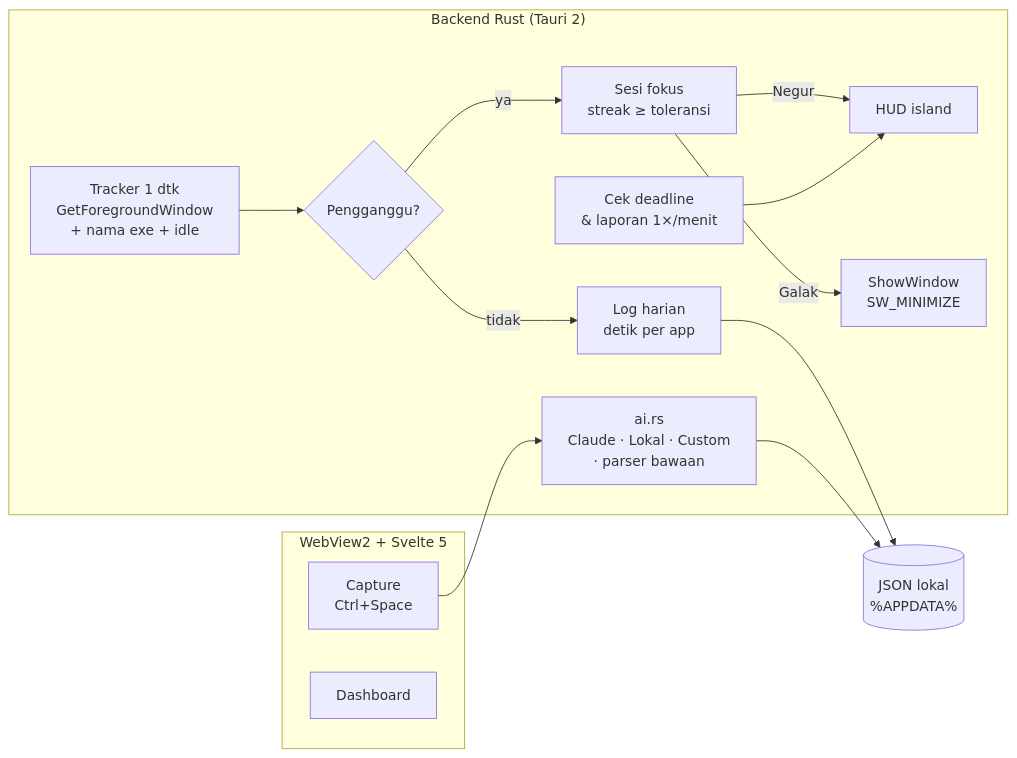
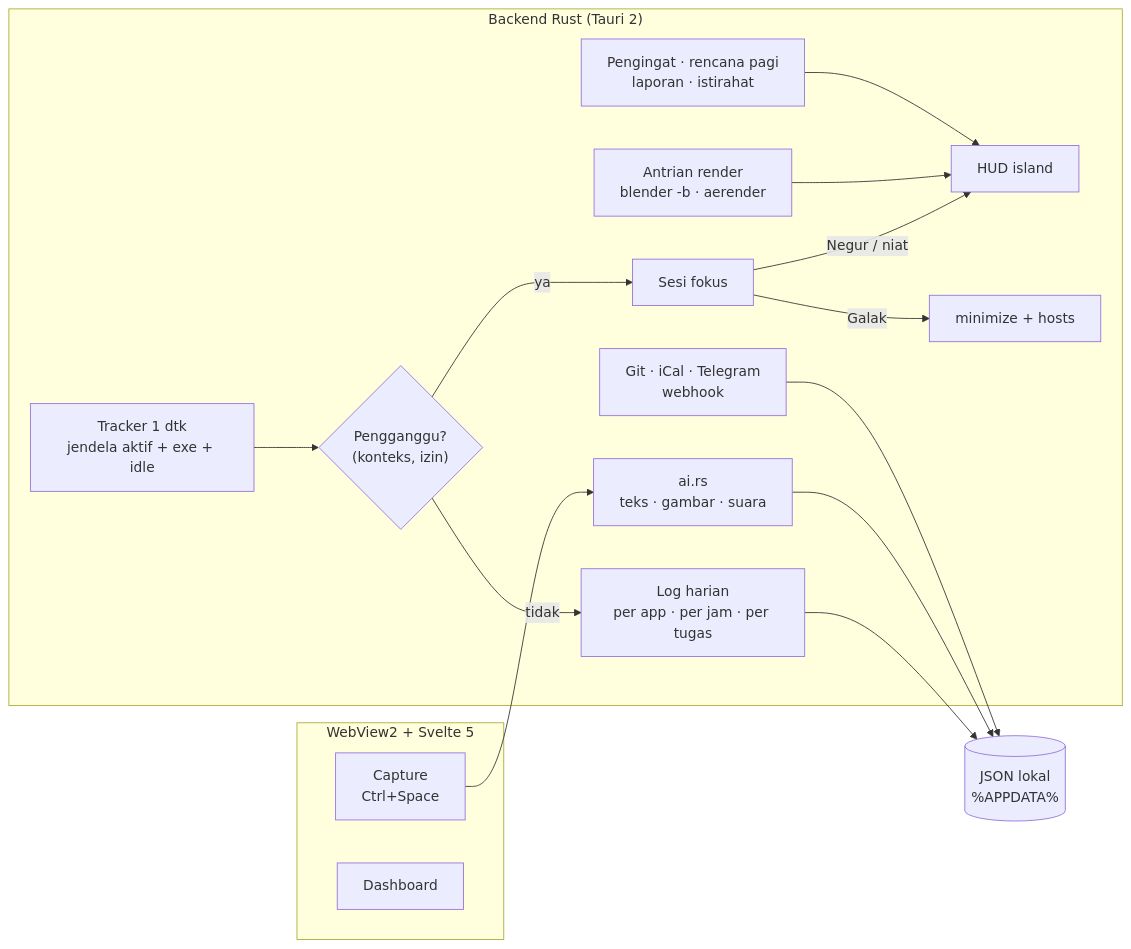
Before and after one commit to BillyNabil/gaspol: the diagram in README.md, drawn with Mermaid. The commit also changed other lines of this file and 32 other files, not shown here.

First line of the commit message:
Gaspol v0.2.0: render, mode kerja, fokus pintar, laporan klien

````diff
--- a/README.md
+++ b/README.md
@@ -107,19 +144,22 @@
 ```mermaid
 flowchart LR
     subgraph Rust["Backend Rust (Tauri 2)"]
-        T["Tracker 1 dtk<br/>GetForegroundWindow<br/>+ nama exe + idle"] --> C{"Pengganggu?"}
-        C -- ya --> S["Sesi fokus<br/>streak ≥ toleransi"]
-        C -- tidak --> L["Log harian<br/>detik per app"]
-        S -->|Negur| H
-        S -->|Galak| M["ShowWindow<br/>SW_MINIMIZE"]
-        R["Cek deadline<br/>& laporan 1×/menit"] --> H
-        AI["ai.rs<br/>Claude · Lokal · Custom<br/>· parser bawaan"]
+        T["Tracker 1 dtk<br/>jendela aktif + exe + idle"] --> C{"Pengganggu?<br/>(konteks, izin)"}
+        C -- ya --> S["Sesi fokus"]
+        C -- tidak --> L["Log harian<br/>per app · per jam · per tugas"]
+        S -->|Negur / niat| H
+        S -->|Galak| M["minimize + hosts"]
+        R["Antrian render<br/>blender -b · aerender"] --> H
+        X["Pengingat · rencana pagi<br/>laporan · istirahat"] --> H
+        AI["ai.rs<br/>teks · gambar · suara"]
+        G["Git · iCal · Telegram<br/>webhook"]
     end
     subgraph UI["WebView2 + Svelte 5"]
         H["HUD island"]
         K["Capture<br/>Ctrl+Space"] --> AI
         D["Dashboard"]
     end
     L --> J[("JSON lokal<br/>%APPDATA%")]
     AI --> J
+    G --> J
 ```
````
